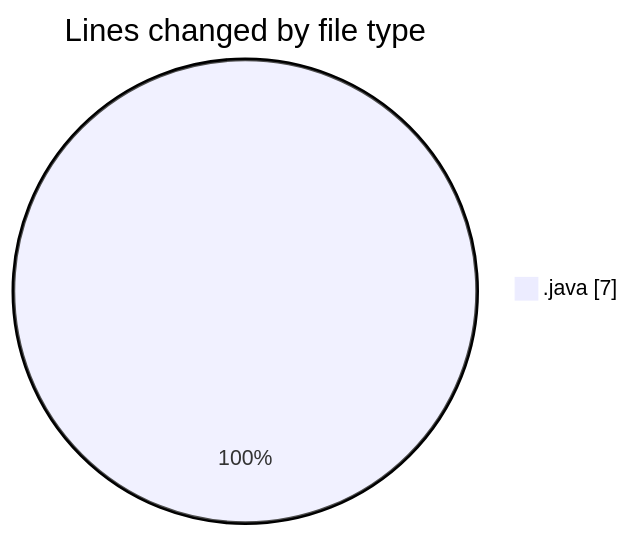
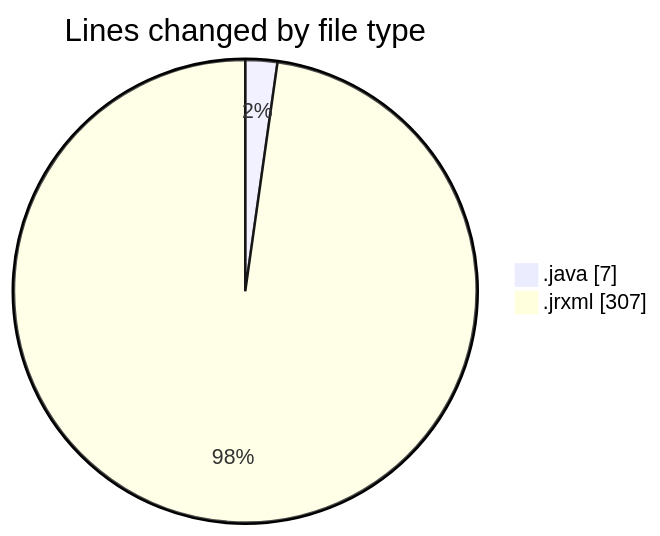
Before and after one commit to ricardozamudiocil/code-tracking: the first of 2 diagrams in 2026-06-25/cilreports__workspace_/README.md, drawn with Mermaid. The commit also changed other lines of this file and 1 other file, not shown here.

````diff
--- a/2026-06-25/cilreports__workspace_/README.md
+++ b/2026-06-25/cilreports__workspace_/README.md
@@ -20,5 +21,6 @@
 ```mermaid
 pie showData
 title Lines changed by file type
 ".java" : 7
+".jrxml" : 307
 ```
````
